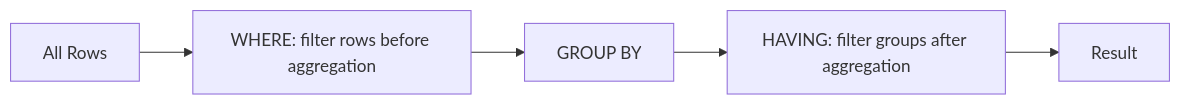
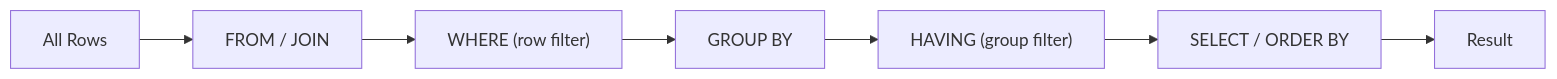
Before and after one commit to mahfooziiitian/spark-batch: the diagram in spark-sql/docs/having/index.md, drawn with Mermaid. The commit also changed other lines of this file and 223 other files, not shown here.

````diff
--- a/spark-sql/docs/having/index.md
+++ b/spark-sql/docs/having/index.md
@@ -8,7 +24,9 @@
 ```mermaid
 graph LR
-    A[All Rows] --> B["WHERE: filter rows before aggregation"]
-    B --> C[GROUP BY]
-    C --> D["HAVING: filter groups after aggregation"]
-    D --> E[Result]
+    A[All Rows] --> B["FROM / JOIN"]
+    B --> C["WHERE (row filter)"]
+    C --> D["GROUP BY"]
+    D --> E["HAVING (group filter)"]
+    E --> F["SELECT / ORDER BY"]
+    F --> G[Result]
 ```
````
